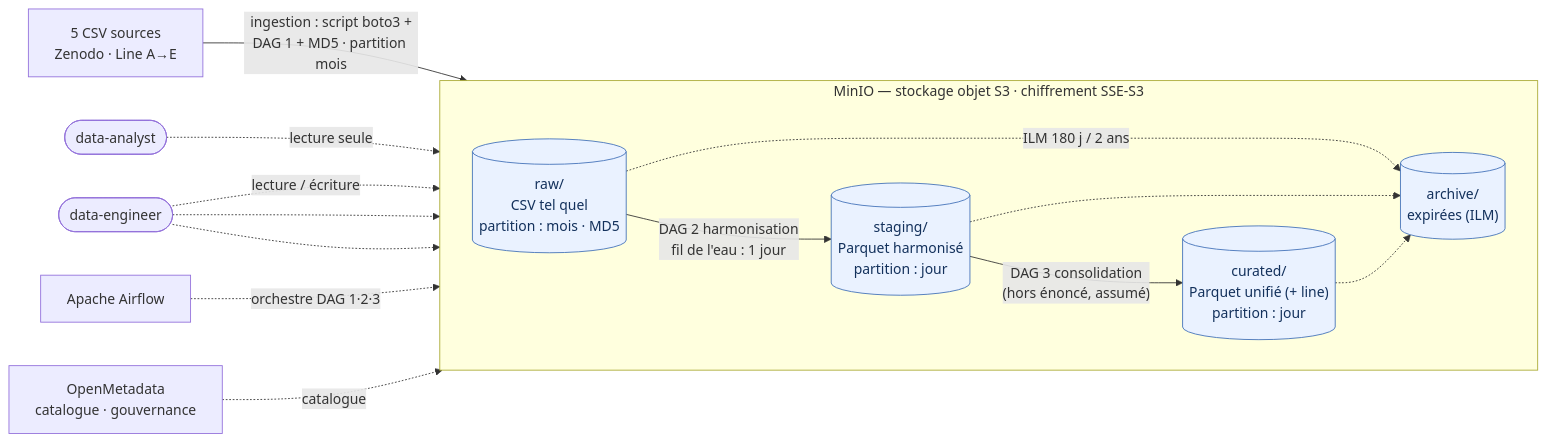
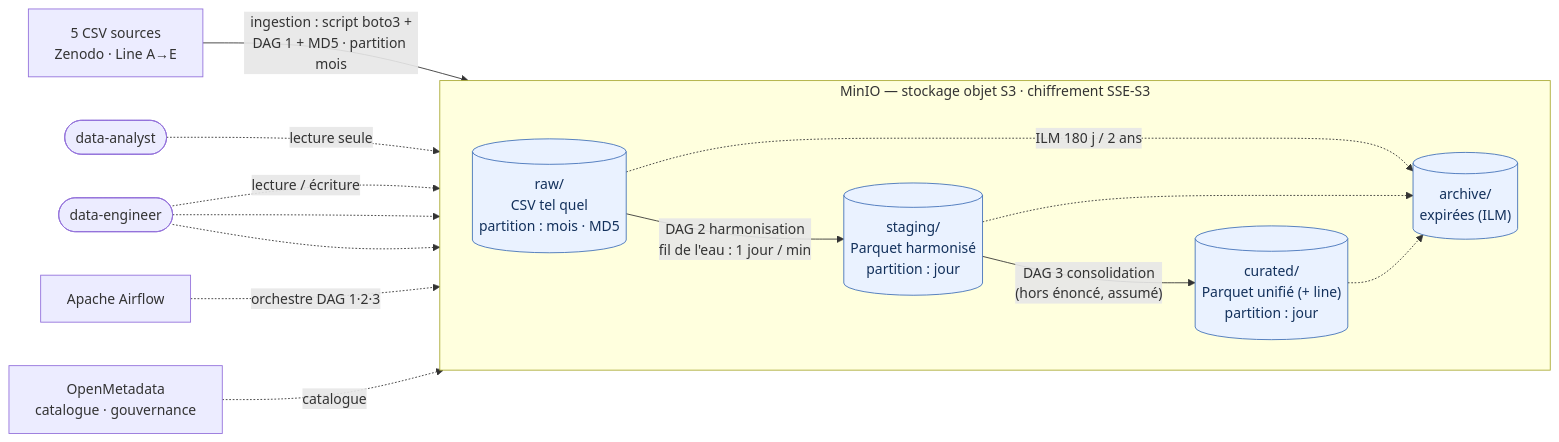
One commit to alexishs/datalake_iot changed the diagram in docs/architecture.md. Above: the diagram before and after it, drawn with Mermaid. The commit also changed other lines of this file and 3 other files, not shown here.

````diff
--- a/docs/architecture.md
+++ b/docs/architecture.md
@@ -13,29 +13,29 @@
 ```mermaid
 flowchart LR
     CSV["5 CSV sources<br/>Zenodo · Line A→E"]
 
     subgraph MINIO["MinIO — stockage objet S3 · chiffrement SSE-S3"]
         direction LR
         RAW[("raw/<br/>CSV tel quel<br/>partition : mois · MD5")]
         STG[("staging/<br/>Parquet harmonisé<br/>partition : jour")]
         CUR[("curated/<br/>Parquet unifié (+ line)<br/>partition : jour")]
         ARC[("archive/<br/>expirées (ILM)")]
-        RAW -->|"DAG 2 harmonisation<br/>fil de l'eau : 1 jour"| STG
+        RAW -->|"DAG 2 harmonisation<br/>fil de l'eau : 1 jour / min"| STG
         STG -->|"DAG 3 consolidation<br/>(hors énoncé, assumé)"| CUR
         RAW -.->|"ILM 180 j / 2 ans"| ARC
         STG -.-> ARC
         CUR -.-> ARC
     end
 
     CSV -->|"ingestion : script boto3 +<br/>DAG 1 + MD5 · partition mois"| RAW
 
     AF["Apache Airflow"] -.->|"orchestre DAG 1·2·3"| MINIO
     OM["OpenMetadata<br/>catalogue · gouvernance"] -.->|catalogue| MINIO
     ANALYST(["data-analyst"]) -.->|lecture seule| CUR
     ENG(["data-engineer"]) -.->|"lecture / écriture"| RAW
     ENG -.-> STG
     ENG -.-> CUR
 
     classDef bucket fill:#eaf2ff,stroke:#4170b8,color:#13315c;
     class RAW,STG,CUR,ARC bucket;
 ```
````
